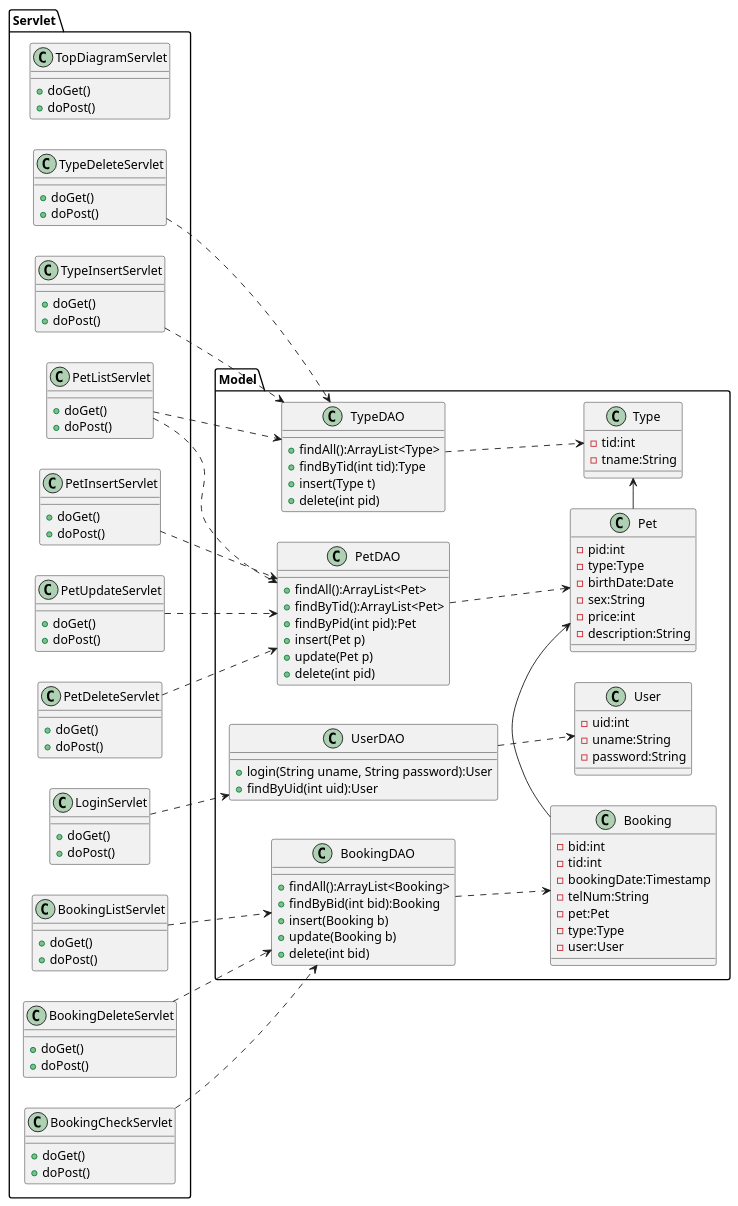
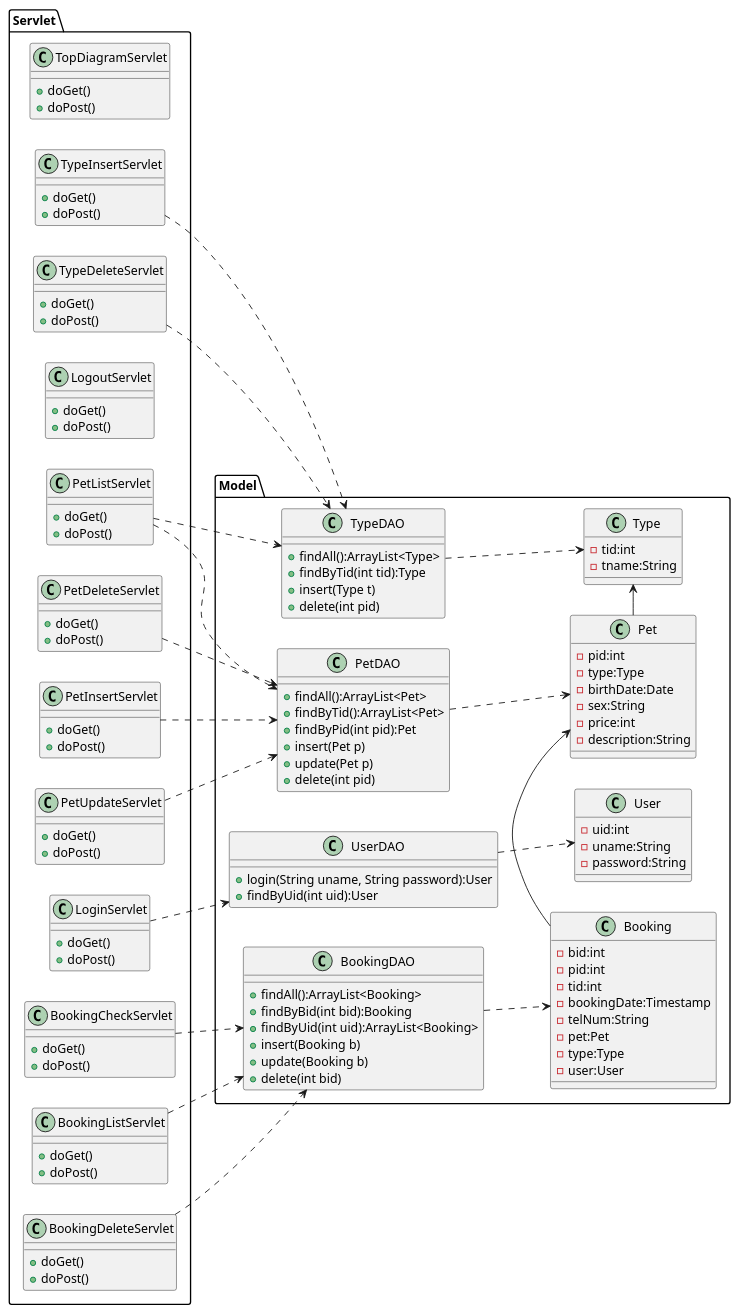
One commit to Tyamanaka07/WebSystem changed the diagram in detail.uml/class.pu. Above: the diagram before and after it, drawn with PlantUML. The commit also changed 1 other file, not shown here.

```diff
--- a/detail.uml/class.pu
+++ b/detail.uml/class.pu
@@ -1,141 +1,148 @@
 @startuml
 left to right direction
 
 package Model{
 	class Pet{
 		-pid:int
 		-type:Type
 		-birthDate:Date
 		-sex:String
 		-price:int
 		-description:String
 	}
 
 	class Type{
 		-tid:int
 		-tname:String
 	}
 
 	class User{
 		-uid:int
 		-uname:String
 		-password:String
 	}
 
 	class Booking{
 		-bid:int
+		-pid:int
 		-tid:int
 		-bookingDate:Timestamp
 		-telNum:String
 		-pet:Pet
 		-type:Type
 		-user:User
 	}
 
 	class PetDAO{
 		+findAll():ArrayList<Pet>
 		+findByTid():ArrayList<Pet>
 		+findByPid(int pid):Pet
 		+insert(Pet p)
 		+update(Pet p)
 		+delete(int pid)
 	}
 
 	class TypeDAO{
 		+findAll():ArrayList<Type>
 		+findByTid(int tid):Type
 		+insert(Type t)
 		+delete(int pid)
 	}
 
 	class UserDAO{
 		+login(String uname, String password):User
 		+findByUid(int uid):User
 	}
 
 	class BookingDAO{
 		+findAll():ArrayList<Booking>
 		+findByBid(int bid):Booking
+		+findByUid(int uid):ArrayList<Booking>
 		+insert(Booking b)
 		+update(Booking b)
 		+delete(int bid)
 	}
 }
 
 package Servlet{
 	class TopDiagramServlet{
 		+doGet()
 		+doPost()
 	}
 
 	class PetListServlet{
 		+doGet()
 		+doPost()
 	}
 
 	class LoginServlet{
+		+doGet()
+		+doPost()
+	}
+
+	class LogoutServlet{
 		+doGet()
 		+doPost()
 	}
 
 	class PetInsertServlet{
 		+doGet()
 		+doPost()
 	}
 
 	class PetUpdateServlet{
 		+doGet()
 		+doPost()
 	}
 
 	class PetDeleteServlet{
 		+doGet()
 		+doPost()
 	}
 
 	class TypeInsertServlet{
 		+doGet()
 		+doPost()
 	}
 
 	class TypeDeleteServlet{
 		+doGet()
 		+doPost()
 	}
 
 	class BookingCheckServlet{
 		+doGet()
 		+doPost()
 	}
 
 	class BookingListServlet{
 		+doGet()
 		+doPost()
 	}
 
 	class BookingDeleteServlet{
 		+doGet()
 		+doPost()
 	}
 }
 
 
 PetListServlet..>TypeDAO
 TypeInsertServlet..>TypeDAO
 TypeDeleteServlet..>TypeDAO
 PetListServlet..>PetDAO
 PetInsertServlet..>PetDAO
 PetUpdateServlet..>PetDAO
 PetDeleteServlet..>PetDAO
 LoginServlet..>UserDAO
 BookingCheckServlet..>BookingDAO
 BookingListServlet..>BookingDAO
 BookingDeleteServlet..>BookingDAO
 
 BookingDAO..>Booking
 PetDAO..>Pet
 TypeDAO..>Type
 UserDAO..>User
 Booking->Pet
 Pet->Type
 @enduml
```
